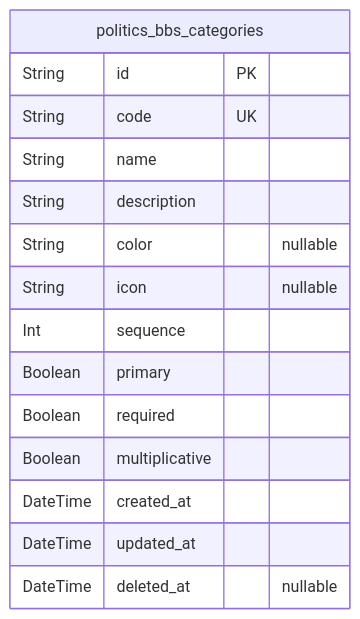
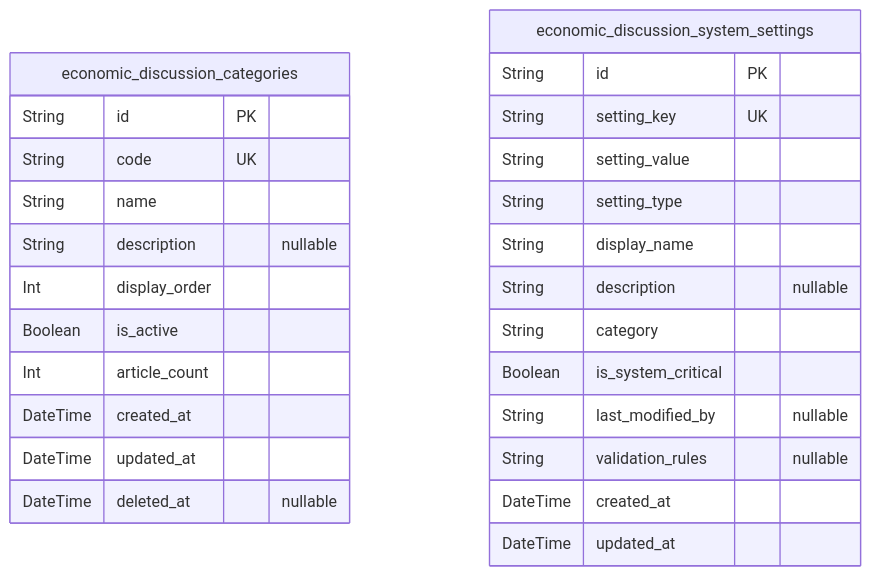
One commit to wrtnlabs/autobe-examples changed the first of 6 diagrams in moonshotai/kimi-k2-0905-exacto/bbs/docs/ERD.md. Above: the diagram before and after it, drawn with Mermaid. The commit also changed other lines of this file and 22498 other files, not shown here.

````diff
--- a/moonshotai/kimi-k2-0905-exacto/bbs/docs/ERD.md
+++ b/moonshotai/kimi-k2-0905-exacto/bbs/docs/ERD.md
@@ -13,18 +14,29 @@
 ```mermaid
 erDiagram
-"politics_bbs_categories" {
+"economic_discussion_categories" {
   String id PK
   String code UK
   String name
-  String description
-  String color "nullable"
-  String icon "nullable"
-  Int sequence
-  Boolean primary
-  Boolean required
-  Boolean multiplicative
+  String description "nullable"
+  Int display_order
+  Boolean is_active
+  Int article_count
   DateTime created_at
   DateTime updated_at
   DateTime deleted_at "nullable"
 }
+"economic_discussion_system_settings" {
+  String id PK
+  String setting_key UK
+  String setting_value
+  String setting_type
+  String display_name
+  String description "nullable"
+  String category
+  Boolean is_system_critical
+  String last_modified_by "nullable"
+  String validation_rules "nullable"
+  DateTime created_at
+  DateTime updated_at
+}
 ```
````
